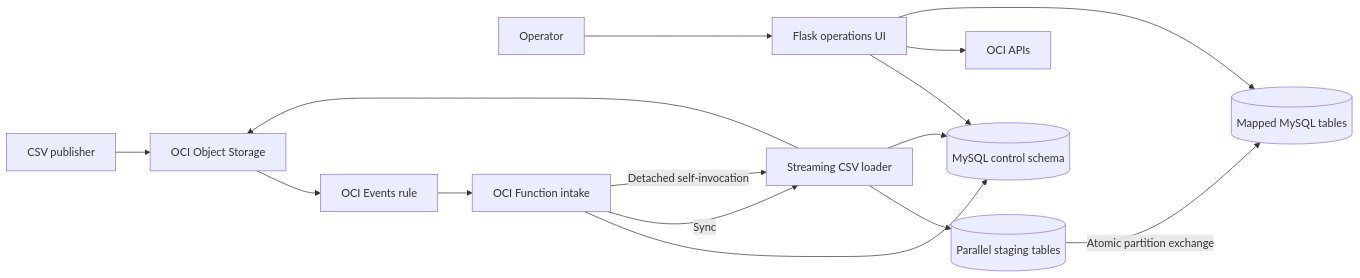
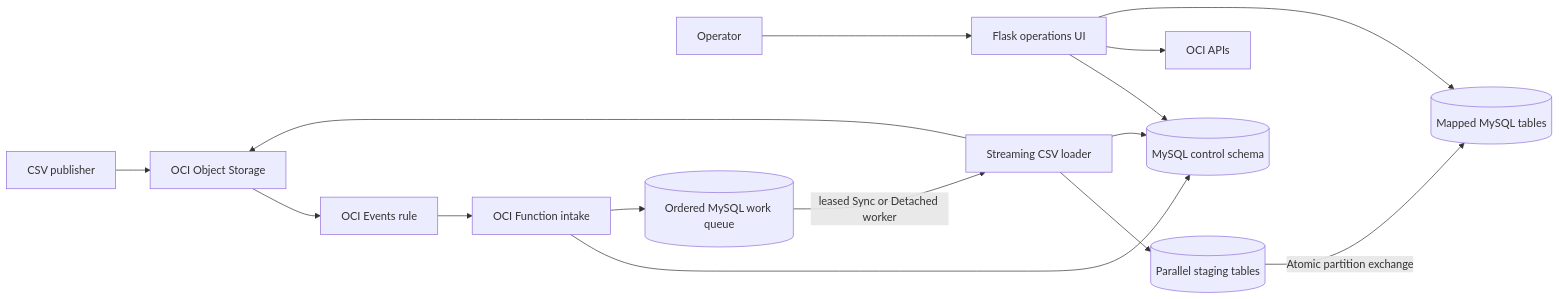
One commit to ivanxma/oci-fn-object-event-2-hw-table changed the diagram in README.md. Above: the diagram before and after it, drawn with Mermaid. The commit also changed other lines of this file and 21 other files, not shown here.

Commit message:
Implement ordered event queue processing

````diff
--- a/README.md
+++ b/README.md
@@ -19,17 +22,17 @@
 ```mermaid
 flowchart LR
     Operator[Operator] --> UI[Flask operations UI]
     UI --> Control[(MySQL control schema)]
     UI --> OCIAPI[OCI APIs]
     UI --> Target[(Mapped MySQL tables)]
     Publisher[CSV publisher] --> Bucket[OCI Object Storage]
     Bucket --> Events[OCI Events rule]
     Events --> Intake[OCI Function intake]
     Intake --> Control
-    Intake -->|Sync| Loader[Streaming CSV loader]
-    Intake -->|Detached self-invocation| Loader
+    Intake --> Queue[(Ordered MySQL work queue)]
+    Queue -->|leased Sync or Detached worker| Loader[Streaming CSV loader]
     Loader --> Bucket
     Loader --> Stage[(Parallel staging tables)]
     Stage -->|Atomic partition exchange| Target
     Loader --> Control
 ```
````
